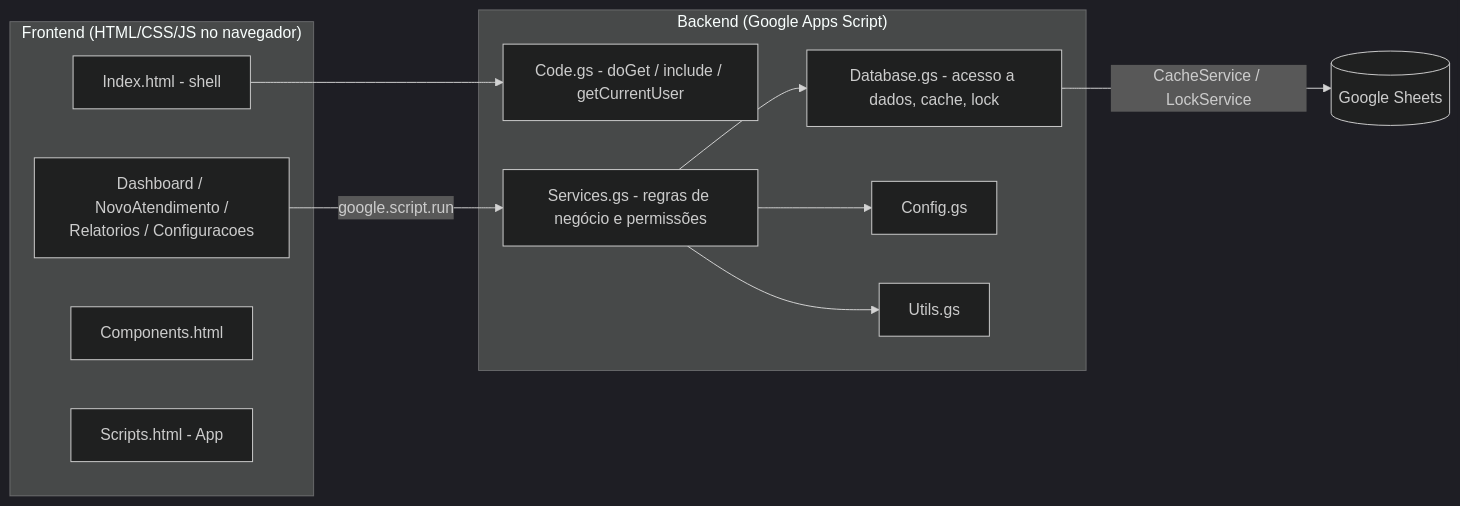
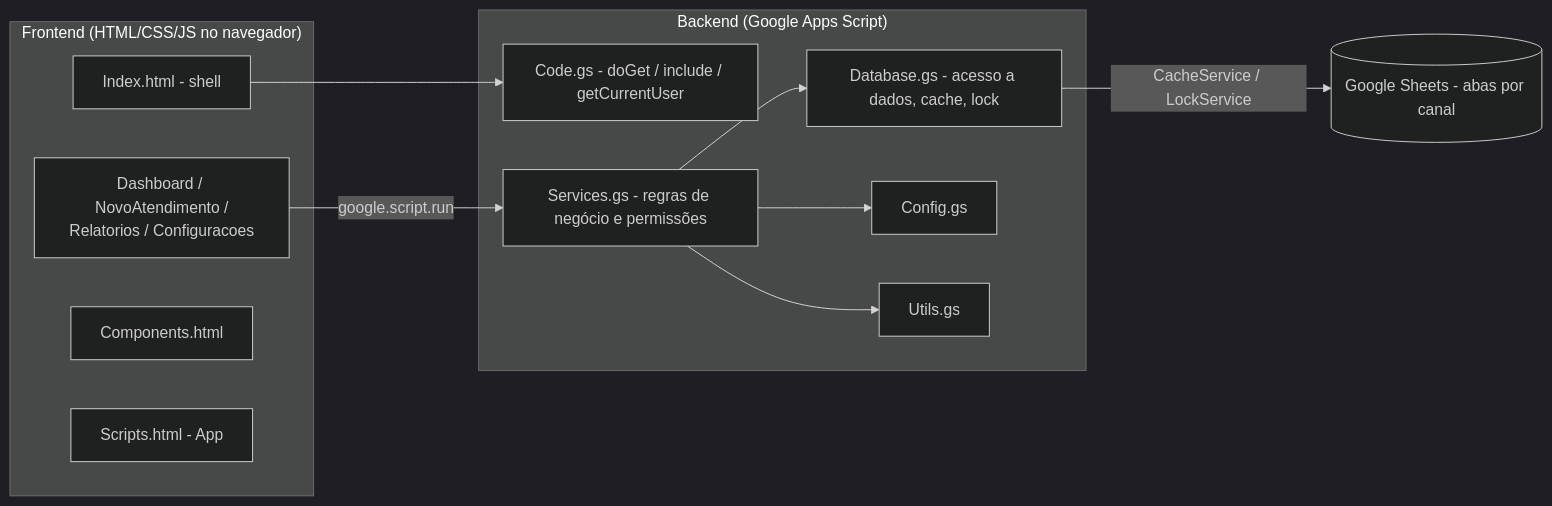
Before and after one commit to IagoPelitero/pelitero-labs-prisma-RA: the diagram in README.md, drawn with Mermaid (dark theme). The commit also changed other lines of this file and 8 other files, not shown here.

First line of the commit message:
feat: perfis ADM/Supervisor/Analista, abas por canal e formulario configuravel

````diff
--- a/README.md
+++ b/README.md
@@ -182,26 +236,26 @@
 ```mermaid
 flowchart LR
   subgraph Frontend["Frontend (HTML/CSS/JS no navegador)"]
     Index[Index.html - shell]
     Pages["Dashboard / NovoAtendimento /\nRelatorios / Configuracoes"]
     Components[Components.html]
     ScriptsApp[Scripts.html - App]
   end
 
   subgraph Backend["Backend (Google Apps Script)"]
     CodeGs[Code.gs - doGet / include / getCurrentUser]
     ServicesGs[Services.gs - regras de negócio e permissões]
     DatabaseGs[Database.gs - acesso a dados, cache, lock]
     ConfigGs[Config.gs]
     UtilsGs[Utils.gs]
   end
 
-  Sheets[(Google Sheets)]
+  Sheets[(Google Sheets - abas por canal)]
 
   Index --> CodeGs
   Pages -- "google.script.run" --> ServicesGs
   ServicesGs --> DatabaseGs
   DatabaseGs -- "CacheService / LockService" --> Sheets
   ServicesGs --> ConfigGs
   ServicesGs --> UtilsGs
 ```
````
